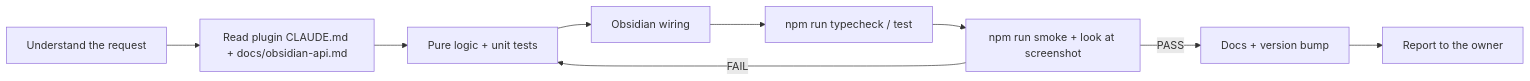
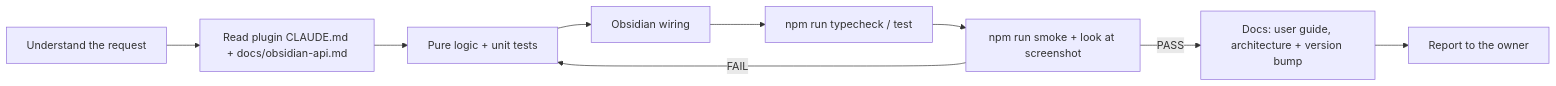
One commit to AlbanMontaigu/obsidian changed the diagram in docs/workflow.md. Above: the diagram before and after it, drawn with Mermaid. The commit also changed other lines of this file and 32 other files, not shown here.

````diff
--- a/docs/workflow.md
+++ b/docs/workflow.md
@@ -6,11 +6,11 @@
 ```mermaid
 flowchart LR
   A[Understand the request] --> B[Read plugin CLAUDE.md + docs/obsidian-api.md]
   B --> C[Pure logic + unit tests]
   C --> D[Obsidian wiring]
   D --> E[npm run typecheck / test]
   E --> F[npm run smoke + look at screenshot]
   F -->|FAIL| C
-  F -->|PASS| G[Docs + version bump]
+  F -->|PASS| G[Docs: user guide, architecture + version bump]
   G --> H[Report to the owner]
 ```
````
